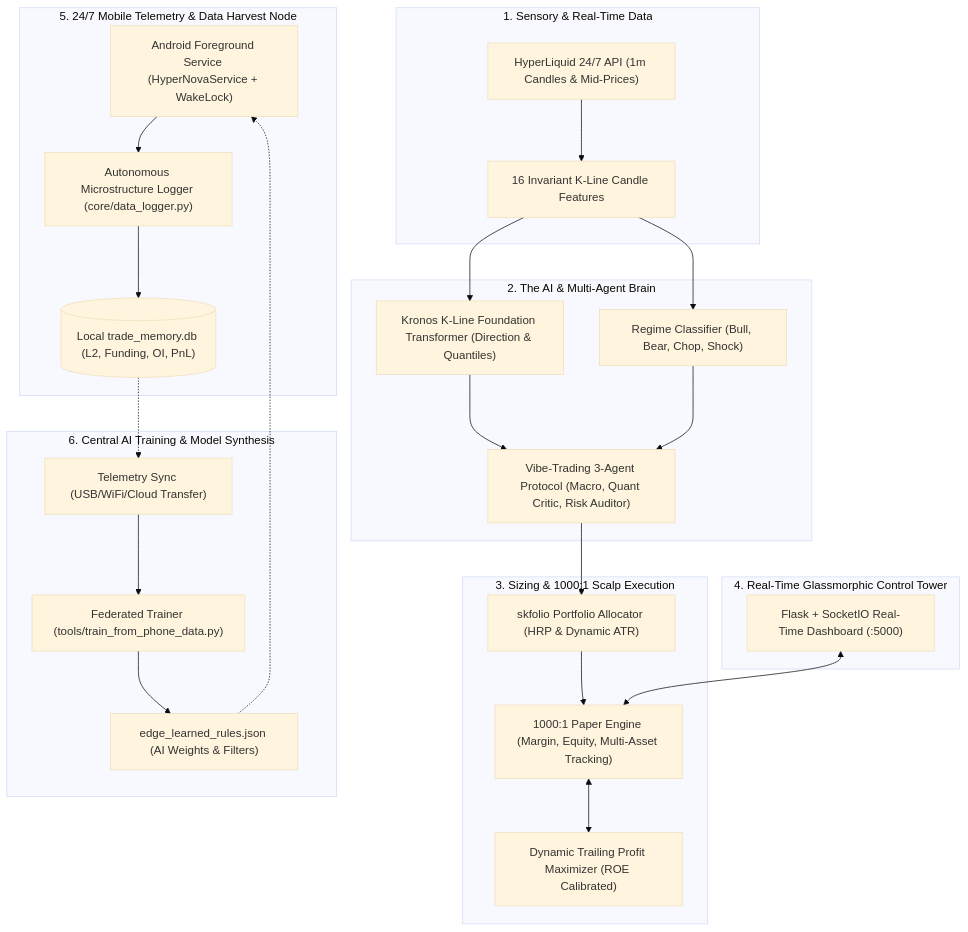
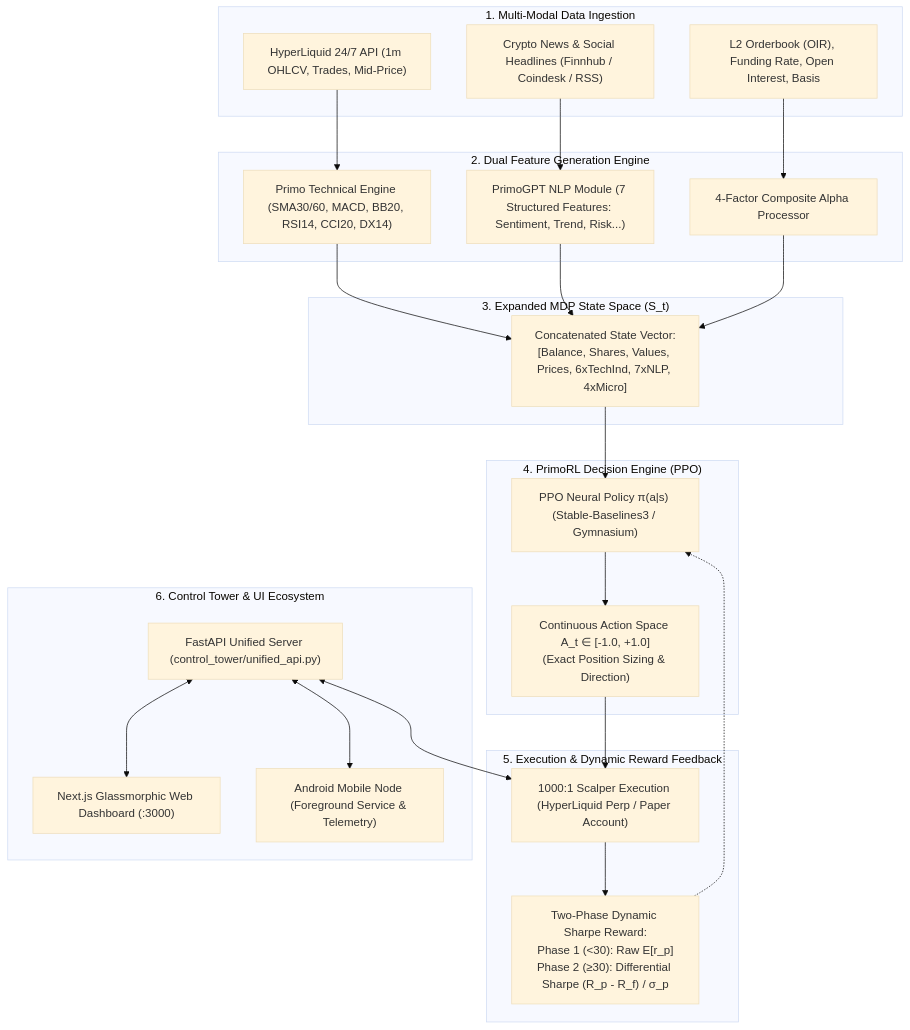
One commit to emirgocuk/HyperNova changed the diagram in memory-bank/systemPatterns.md. Above: the diagram before and after it, drawn with Mermaid (base theme). The commit also changed other lines of this file and 14 other files, not shown here.

First line of the commit message:
Add Primo RL/NLP engines & Unified API

````diff
--- a/memory-bank/systemPatterns.md
+++ b/memory-bank/systemPatterns.md
@@ -7,52 +7,52 @@
 ```mermaid
 flowchart TD
-    subgraph Sensory_Data ["1. Sensory & Real-Time Data"]
-        HyperLiquid_Stream["HyperLiquid 24/7 API (1m Candles & Mid-Prices)"]
-        FeatureExtractor["16 Invariant K-Line Candle Features"]
-        HyperLiquid_Stream --> FeatureExtractor
+    subgraph Layer1 ["1. Multi-Modal Data Ingestion"]
+        HL_Market["HyperLiquid 24/7 API (1m OHLCV, Trades, Mid-Price)"]
+        HL_Micro["L2 Orderbook (OIR), Funding Rate, Open Interest, Basis"]
+        News_Feed["Crypto News & Social Headlines (Finnhub / Coindesk / RSS)"]
     end
 
-    subgraph The_Brain ["2. The AI & Multi-Agent Brain"]
-        Kronos["Kronos K-Line Foundation Transformer (Direction & Quantiles)"]
-        Regime["Regime Classifier (Bull, Bear, Chop, Shock)"]
-        Vibe_Deliberation["Vibe-Trading 3-Agent Protocol (Macro, Quant Critic, Risk Auditor)"]
-        FeatureExtractor --> Kronos
-        FeatureExtractor --> Regime
-        Kronos & Regime --> Vibe_Deliberation
+    subgraph Layer2 ["2. Dual Feature Generation Engine"]
+        TechEngine["Primo Technical Engine (SMA30/60, MACD, BB20, RSI14, CCI20, DX14)"]
+        NLP_Module["PrimoGPT NLP Module (7 Structured Features: Sentiment, Trend, Risk...)"]
+        MicroEngine["4-Factor Composite Alpha Processor"]
+
+        HL_Market --> TechEngine
+        News_Feed --> NLP_Module
+        HL_Micro --> MicroEngine
     end
 
-    subgraph Portfolio_Execution ["3. Sizing & 1000:1 Scalp Execution"]
-        Skfolio_Alloc["skfolio Portfolio Allocator (HRP & Dynamic ATR)"]
-        Paper_Account["1000:1 Paper Engine (Margin, Equity, Multi-Asset Tracking)"]
-        Trailing_Engine["Dynamic Trailing Profit Maximizer (ROE Calibrated)"]
-        Vibe_Deliberation --> Skfolio_Alloc
-        Skfolio_Alloc --> Paper_Account
-        Paper_Account <--> Trailing_Engine
+    subgraph Layer3 ["3. Expanded MDP State Space (S_t)"]
+        StateConcat["Concatenated State Vector:\n[Balance, Shares, Values, Prices, 6xTechInd, 7xNLP, 4xMicro]"]
+        TechEngine --> StateConcat
+        NLP_Module --> StateConcat
+        MicroEngine --> StateConcat
     end
 
-
-    subgraph Control_Tower ["4. Real-Time Glassmorphic Control Tower"]
-        Dashboard["Flask + SocketIO Real-Time Dashboard (:5000)"]
-        Dashboard <--> Paper_Account
+    subgraph Layer4 ["4. PrimoRL Decision Engine (PPO)"]
+        PPO_Agent["PPO Neural Policy π(a|s) (Stable-Baselines3 / Gymnasium)"]
+        ContinuousAction["Continuous Action Space A_t ∈ [-1.0, +1.0]\n(Exact Position Sizing & Direction)"]
+        
+        StateConcat --> PPO_Agent
+        PPO_Agent --> ContinuousAction
     end
 
-    subgraph Edge_Mobile_Collector ["5. 24/7 Mobile Telemetry & Data Harvest Node"]
-        Phone_Service["Android Foreground Service (HyperNovaService + WakeLock)"]
-        Data_Logger["Autonomous Microstructure Logger (core/data_logger.py)"]
-        Local_DB[("Local trade_memory.db (L2, Funding, OI, PnL)")]
+    subgraph Layer5 ["5. Execution & Dynamic Reward Feedback"]
+        ExecutionEngine["1000:1 Scalper Execution (HyperLiquid Perp / Paper Account)"]
+        DynamicReward["Two-Phase Dynamic Sharpe Reward:\nPhase 1 (<30): Raw E[r_p]\nPhase 2 (≥30): Differential Sharpe (R_p - R_f) / σ_p"]
         
-        Phone_Service --> Data_Logger
-        Data_Logger --> Local_DB
+        ContinuousAction --> ExecutionEngine
+        ExecutionEngine --> DynamicReward
+        DynamicReward -.-> PPO_Agent
     end
 
-    subgraph Central_AI_Hub ["6. Central AI Training & Model Synthesis"]
-        DB_Sync["Telemetry Sync (USB/WiFi/Cloud Transfer)"]
-        Trainer["Federated Trainer (tools/train_from_phone_data.py)"]
-        Learned_Rules["edge_learned_rules.json (AI Weights & Filters)"]
-
-        Local_DB -.-> DB_Sync
-        DB_Sync --> Trainer
-        Trainer --> Learned_Rules
-        Learned_Rules -.-> Phone_Service
+    subgraph Layer6 ["6. Control Tower & UI Ecosystem"]
+        UnifiedAPI["FastAPI Unified Server (control_tower/unified_api.py)"]
+        NextJS_UI["Next.js Glassmorphic Web Dashboard (:3000)"]
+        Android_App["Android Mobile Node (Foreground Service & Telemetry)"]
+        
+        UnifiedAPI <--> ExecutionEngine
+        UnifiedAPI <--> NextJS_UI
+        UnifiedAPI <--> Android_App
     end
 ```
````
